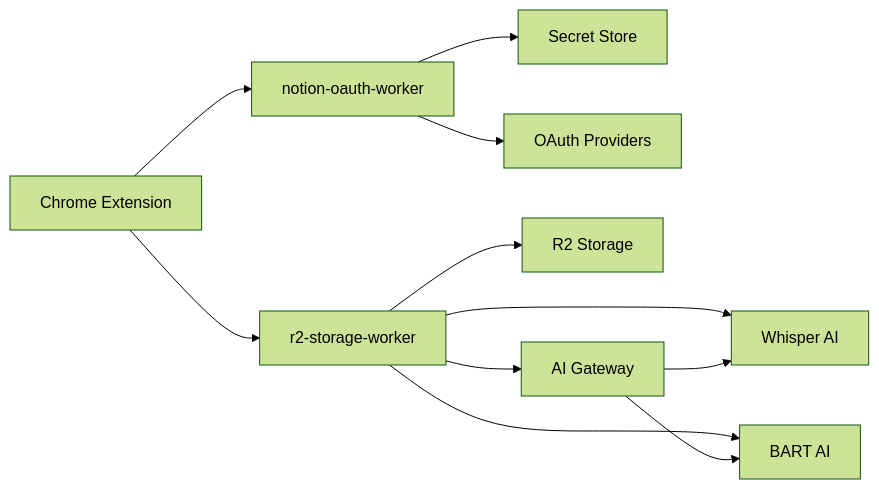
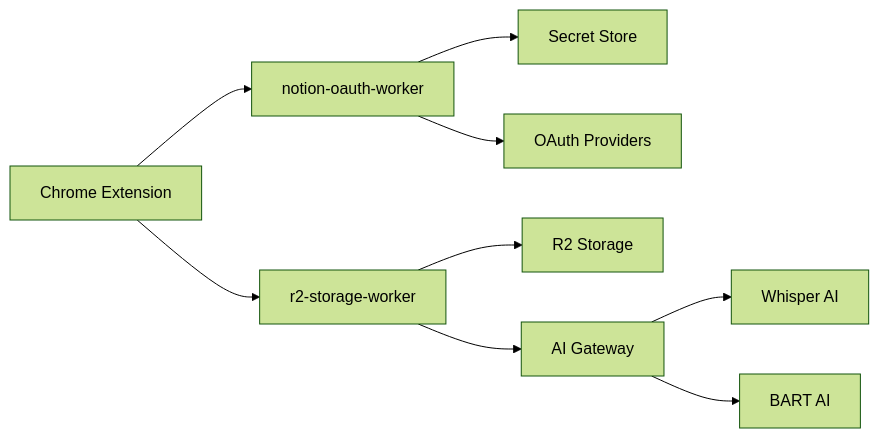
Before and after one commit to sadesh123/Gist-Cloudflare: the diagram in workers/README.MD, drawn with Mermaid (forest theme).

````diff
--- a/workers/README.MD
+++ b/workers/README.MD
@@ -10,16 +10,14 @@
 ```mermaid
 graph LR
     A[Chrome Extension] --> B[notion-oauth-worker]
     A --> C[r2-storage-worker]
 
     B --> D[Secret Store]
     B --> E[OAuth Providers]
 
     C --> F[R2 Storage]
     C --> G[AI Gateway]
-    C --> H[Whisper AI]
-    C --> I[BART AI]
 
-    G --> H
-    G --> I
+    G --> H[Whisper AI]
+    G --> I[BART AI]
 ```
````
